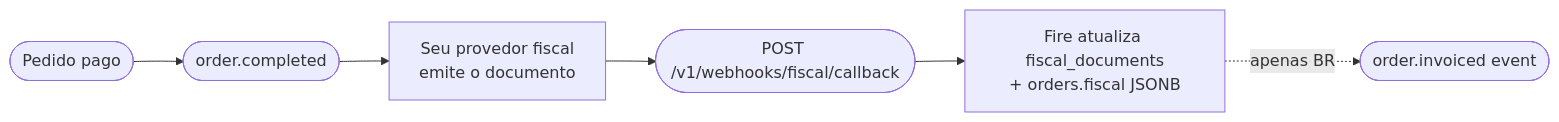
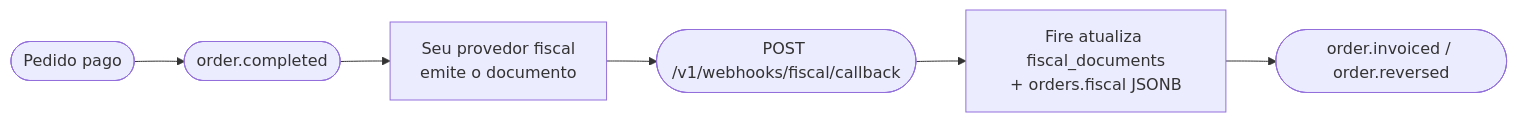
Before and after one commit to fire-rest/documentation: the diagram in pt/api-reference/fiscal-callback.mdx, drawn with Mermaid. The commit also changed other lines of this file and 26 other files, not shown here.

First line of the commit message:
docs(events)!: bloque fiscal estructurado — order.invoiced v2, order.cancelled v3, order.reversed v3

````diff
--- a/pt/api-reference/fiscal-callback.mdx
+++ b/pt/api-reference/fiscal-callback.mdx
@@ -18,8 +18,8 @@
 ```mermaid
 flowchart LR
     A([Pedido pago]) --> B([order.completed])
     B --> C[Seu provedor fiscal<br/>emite o documento]
     C --> D([POST /v1/webhooks/fiscal/callback])
     D --> E[Fire atualiza fiscal_documents<br/>+ orders.fiscal JSONB]
-    E -. apenas BR .-> F([order.invoiced event])
+    E --> F([order.invoiced / order.reversed])
 ```
````
